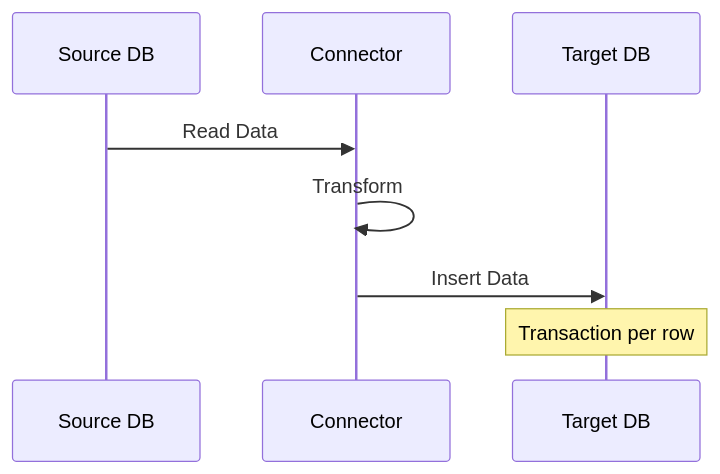
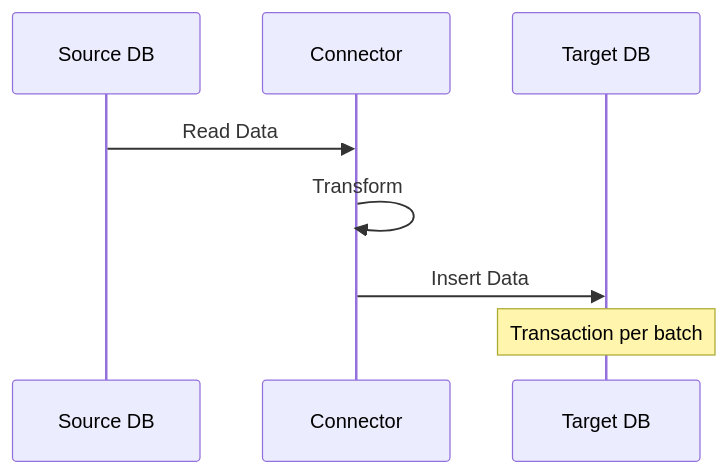
Before and after one commit to QCadjunct/pydbconnect: the second of 2 diagrams in db_connector/core/examples/docs/Two-Instance Data Transfer Documentation.md, drawn with Mermaid. The commit also changed other lines of this file and 1 other file, not shown here.

````diff
--- a/db_connector/core/examples/docs/Two-Instance Data Transfer Documentation.md
+++ b/db_connector/core/examples/docs/Two-Instance Data Transfer Documentation.md
@@ -117,10 +117,10 @@
 ```mermaid
 sequenceDiagram
     participant S as Source DB
     participant C as Connector
     participant T as Target DB
     S->>C: Read Data
     C->>C: Transform
     C->>T: Insert Data
-    Note over T: Transaction per row
+    Note over T: Transaction per batch
 ```
````
